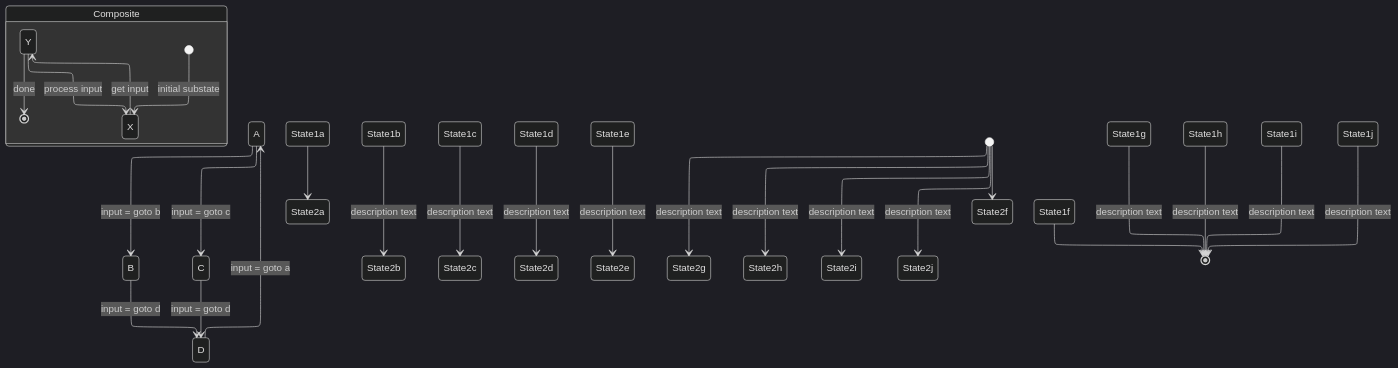
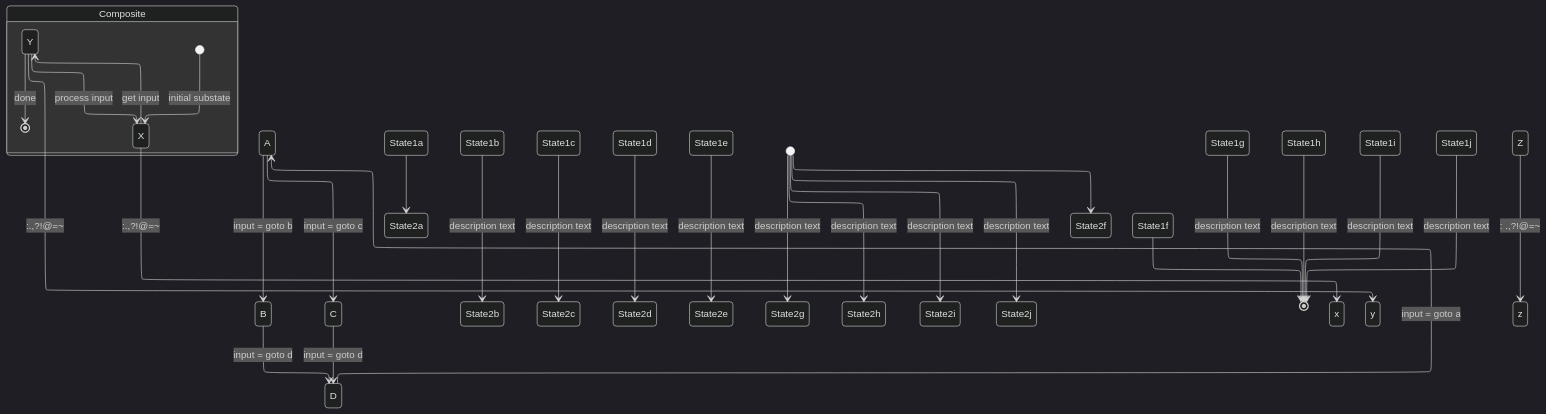
The diagram in test/t3.md (dmh2000/mermaid-states), drawn with Mermaid before and after one commit. The commit also changed 5 other files, not shown here.

````diff
--- a/test/t3.md
+++ b/test/t3.md
@@ -1,38 +1,53 @@
 ```mermaid
 ---
 config:
   layout: elk
   look: classic
   theme: dark
 ---
 stateDiagram-v2
 
+
+%% get states from composite definition %%
+%% composite states not supported yet %%
 state Composite {
   [*] --> X: initial substate
   X --> Y: get input
   Y --> X: process input
   Y --> [*]: done
 }
 
+%% test transitions with and without descriptions %%
 A --> B : input = goto b
 A --> C : input = goto c
 B --> D : input = goto d
 C --> D : input = goto d
 D --> A : input = goto a
 
+%% test transitions with and without descriptions %%
 State1a --> State2a
 State1b --> State2b : description text
 State1c --> State2c:description text
 State1d --> State2d: description text
 State1e --> State2e :description text
+
+%% test transition with start symbol %%
 [*] --> State2f
 [*] --> State2g : description text
 [*] --> State2h:description text
 [*] --> State2i: description text
 [*] --> State2j :description text
+
+%% test transition with end symbol %%
 State1f --> [*]
 State1g --> [*] : description text
 State1h --> [*]:description text
 State1i --> [*]: description text
 State1j --> [*] :description text
+
+%% test description with special characters %%
+X --> x: :.,?!@=~
+Y --> y::.,?!@=~
+Z --> z: : .,?!@=~
+
 ```
````
